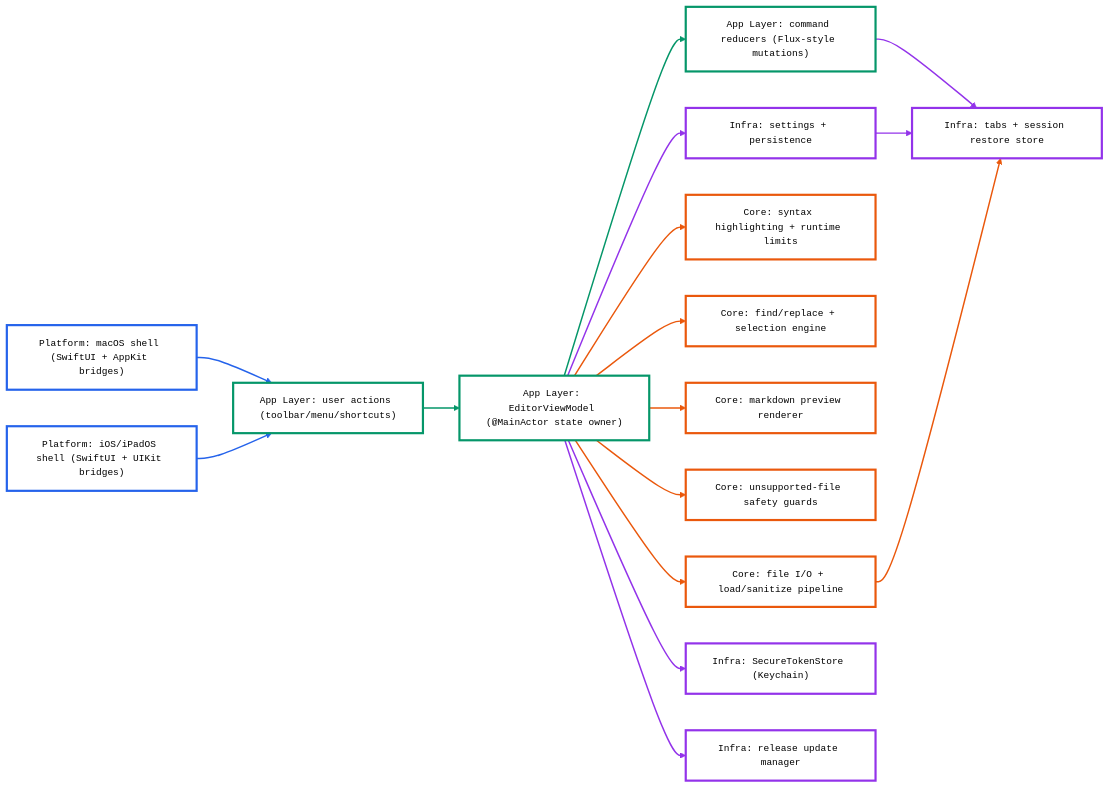
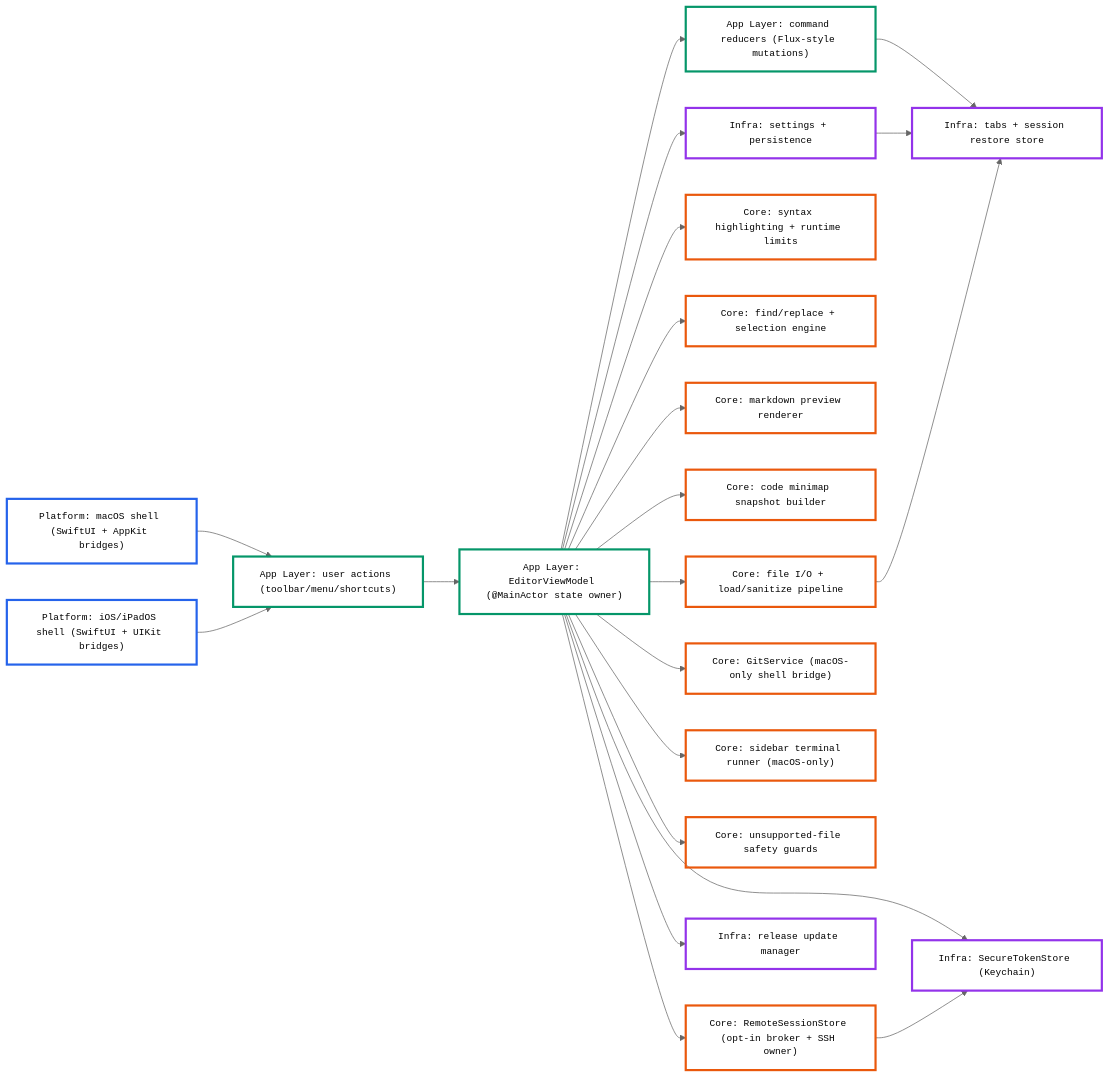
The diagram in README.md (h3pdesign/Neon-Vision-Editor), drawn with Mermaid (neutral theme) before and after one commit. The commit also changed other lines of this file and 3 other files, not shown here.

````diff
--- a/README.md
+++ b/README.md
@@ -387,48 +397,52 @@
 ```mermaid
 flowchart LR
   Mac["Platform: macOS shell (SwiftUI + AppKit bridges)"]
   IOS["Platform: iOS/iPadOS shell (SwiftUI + UIKit bridges)"]
   ACT["App Layer: user actions (toolbar/menu/shortcuts)"]
   VM["App Layer: EditorViewModel (@MainActor state owner)"]
   CMD["App Layer: command reducers (Flux-style mutations)"]
   IO["Core: file I/O + load/sanitize pipeline"]
   HL["Core: syntax highlighting + runtime limits"]
   FIND["Core: find/replace + selection engine"]
   PREV["Core: markdown preview renderer"]
+  MINI["Core: code minimap snapshot builder"]
+  REMOTE["Core: RemoteSessionStore (opt-in broker + SSH owner)"]
+  GIT["Core: GitService (macOS-only shell bridge)"]
+  TERM["Core: sidebar terminal runner (macOS-only)"]
   SAFE["Core: unsupported-file safety guards"]
   STORE["Infra: tabs + session restore store"]
   PREFS["Infra: settings + persistence"]
   SEC["Infra: SecureTokenStore (Keychain)"]
   UPD["Infra: release update manager"]
 
   Mac --> ACT
   IOS --> ACT
   ACT --> VM
   VM --> CMD
   CMD --> STORE
   VM --> IO
   VM --> HL
   VM --> FIND
   VM --> PREV
+  VM --> MINI
+  VM --> REMOTE
+  VM --> GIT
+  VM --> TERM
   VM --> SAFE
   VM --> PREFS
   VM --> UPD
   PREFS --> STORE
   IO --> STORE
   VM --> SEC
+  REMOTE --> SEC
 
   classDef platform stroke:#2563EB,stroke-width:3px,fill:transparent,font-family:ui-monospace\, SFMono-Regular\, Menlo\, Monaco\, Consolas\, Liberation Mono\, monospace,font-size:13px;
   classDef app stroke:#059669,stroke-width:3px,fill:transparent,font-family:ui-monospace\, SFMono-Regular\, Menlo\, Monaco\, Consolas\, Liberation Mono\, monospace,font-size:13px;
   classDef core stroke:#EA580C,stroke-width:3px,fill:transparent,font-family:ui-monospace\, SFMono-Regular\, Menlo\, Monaco\, Consolas\, Liberation Mono\, monospace,font-size:13px;
   classDef infra stroke:#9333EA,stroke-width:3px,fill:transparent,font-family:ui-monospace\, SFMono-Regular\, Menlo\, Monaco\, Consolas\, Liberation Mono\, monospace,font-size:13px;
 
   class Mac,IOS platform;
   class ACT,VM,CMD app;
-  class IO,HL,FIND,PREV,SAFE core;
+  class IO,HL,FIND,PREV,MINI,REMOTE,GIT,TERM,SAFE core;
   class STORE,PREFS,SEC,UPD infra;
-
-  linkStyle 0,1 stroke:#2563EB,stroke-width:2px;
-  linkStyle 2,3 stroke:#059669,stroke-width:2px;
-  linkStyle 5,6,7,8,9,13 stroke:#EA580C,stroke-width:2px;
-  linkStyle 4,10,11,12,14 stroke:#9333EA,stroke-width:2px;
 ```
````
